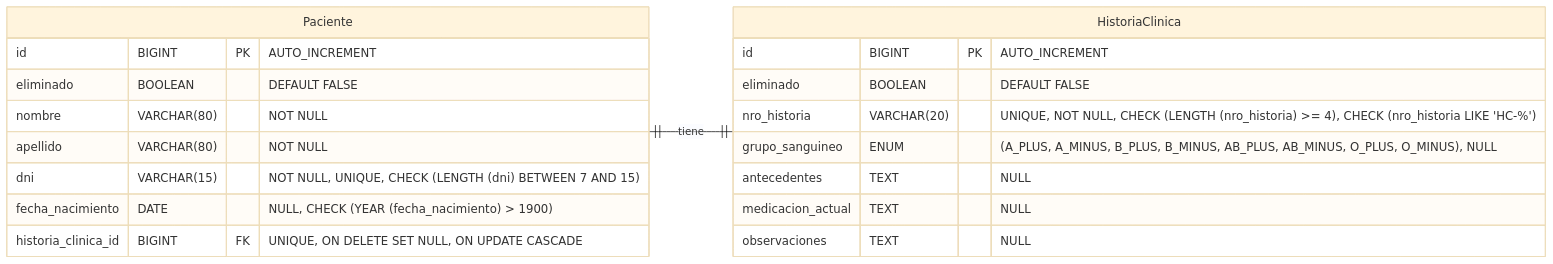
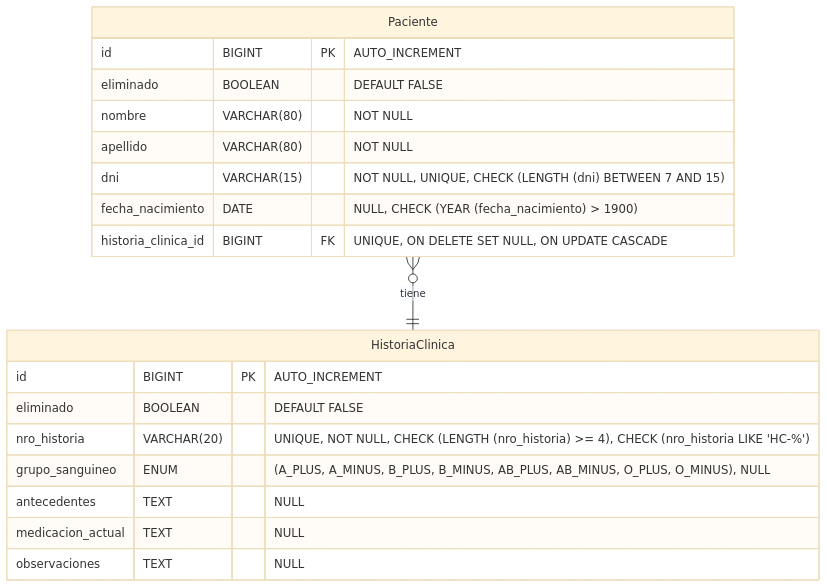
Before and after one commit to Gerolupo12/paciente-historia-cliente: the second of 2 diagrams in README.md, drawn with Mermaid (base theme). The commit also changed other lines of this file and 4 other files, not shown here.

Commit message:
Normalizar tablas y actualizar diagramas

````diff
--- a/README.md
+++ b/README.md
@@ -189,25 +189,25 @@
 ```mermaid
     erDiagram
-    direction LR
+    direction TB
         Paciente {
             id BIGINT PK "AUTO_INCREMENT"
             eliminado BOOLEAN "DEFAULT FALSE"
             nombre VARCHAR(80) "NOT NULL"
             apellido VARCHAR(80) "NOT NULL"
             dni VARCHAR(15) "NOT NULL, UNIQUE, CHECK (LENGTH (dni) BETWEEN 7 AND 15)"
             fecha_nacimiento DATE "NULL, CHECK (YEAR (fecha_nacimiento) > 1900)"
             historia_clinica_id BIGINT FK "UNIQUE, ON DELETE SET NULL, ON UPDATE CASCADE"
         }
 
         HistoriaClinica {
             id BIGINT PK "AUTO_INCREMENT"
             eliminado BOOLEAN "DEFAULT FALSE"
             nro_historia VARCHAR(20) "UNIQUE, NOT NULL, CHECK (LENGTH (nro_historia) >= 4), CHECK (nro_historia LIKE 'HC-%')"
             grupo_sanguineo ENUM "(A_PLUS, A_MINUS, B_PLUS, B_MINUS, AB_PLUS, AB_MINUS, O_PLUS, O_MINUS), NULL"
             antecedentes TEXT "NULL"
             medicacion_actual TEXT "NULL"
             observaciones TEXT "NULL"
         }
 
-        Paciente 1--1 HistoriaClinica : tiene
+        Paciente }o--|| HistoriaClinica : tiene
 ```
````
